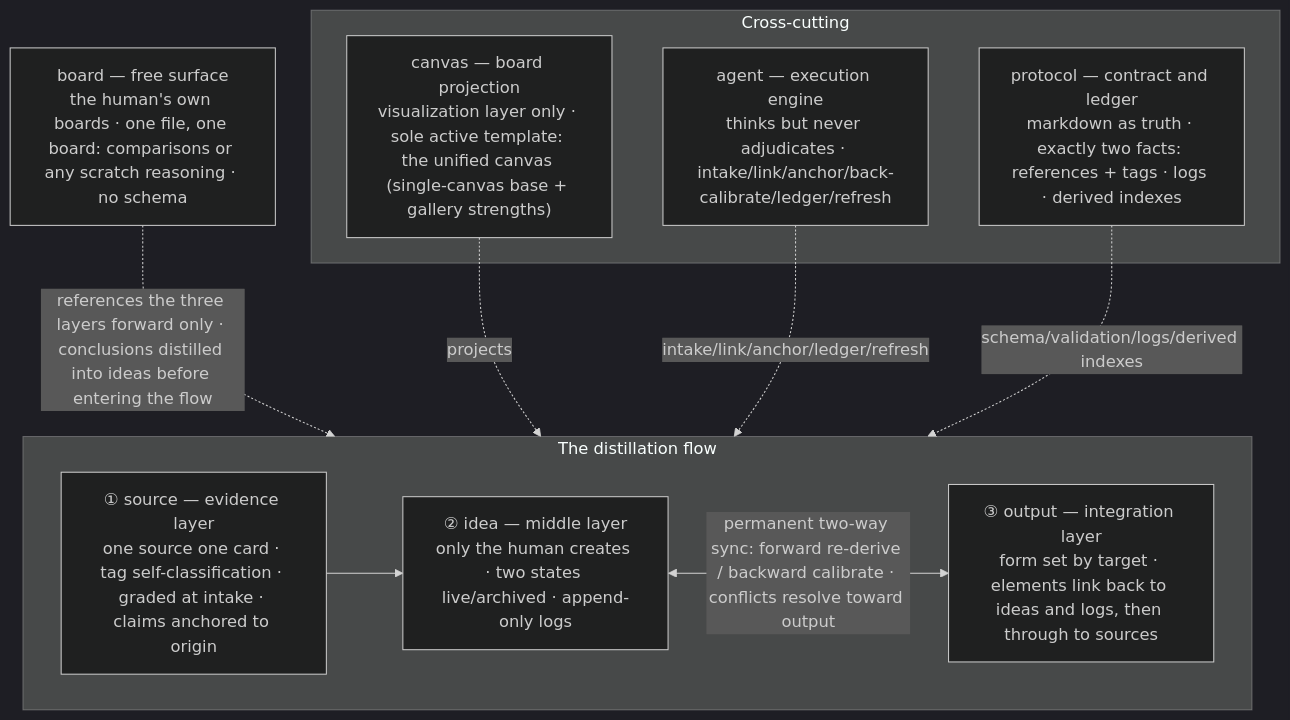
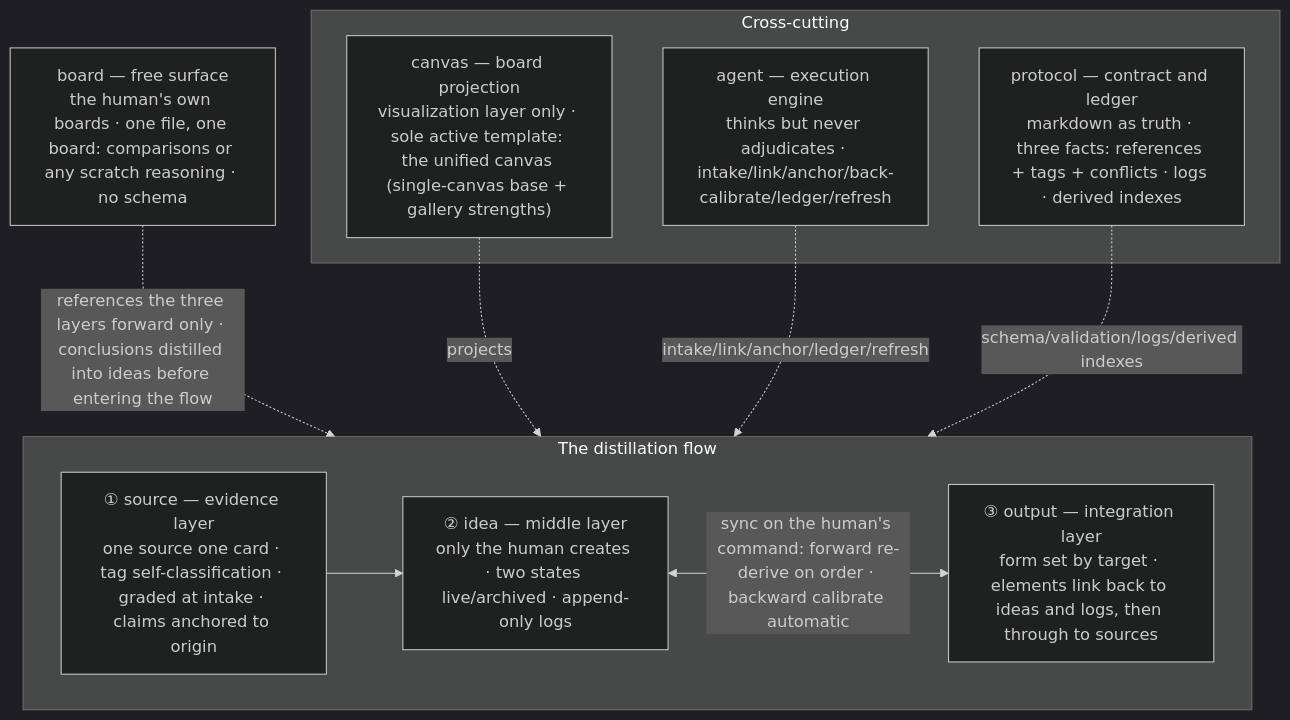
Before and after one commit to tigerless-labs/research-decision-support: the second of 2 diagrams in docs/design-harness/output/system.md, drawn with Mermaid (dark theme). The commit also changed other lines of this file and 31 other files, not shown here.

First line of the commit message:
v0.9.0: sync on command, three structured facts, single merged SKILL.md

````diff
--- a/docs/design-harness/output/system.md
+++ b/docs/design-harness/output/system.md
@@ -48,27 +48,27 @@
 ```mermaid
 flowchart TB
     subgraph FLOW["The distillation flow"]
         SRC["① source — evidence layer<br/>one source one card · tag self-classification · graded at intake · claims anchored to origin"]
         IDEA["② idea — middle layer<br/>only the human creates · two states live/archived · append-only logs"]
         OUT["③ output — integration layer<br/>form set by target · elements link back to ideas and logs, then through to sources"]
         SRC --> IDEA
-        IDEA <-->|"permanent two-way sync: forward re-derive / backward calibrate · conflicts resolve toward output"| OUT
+        IDEA <-->|"sync on the human's command: forward re-derive on order · backward calibrate automatic"| OUT
     end
     BOARD["board — free surface<br/>the human's own boards · one file, one board: comparisons or any scratch reasoning · no schema"]
     BOARD -.references the three layers forward only · conclusions distilled into ideas before entering the flow.-> FLOW
     subgraph XCUT["Cross-cutting"]
         CANVAS["canvas — board projection<br/>visualization layer only · sole active template: the unified canvas (single-canvas base + gallery strengths)"]
         AGENT["agent — execution engine<br/>thinks but never adjudicates · intake/link/anchor/back-calibrate/ledger/refresh"]
-        PROTO["protocol — contract and ledger<br/>markdown as truth · exactly two facts: references + tags · logs · derived indexes"]
+        PROTO["protocol — contract and ledger<br/>markdown as truth · three facts: references + tags + conflicts · logs · derived indexes"]
     end
     CANVAS -.projects.-> FLOW
     AGENT -.intake/link/anchor/ledger/refresh.-> FLOW
     PROTO -.schema/validation/logs/derived indexes.-> FLOW
     click SRC "modules/source.md"
     click IDEA "modules/idea.md"
     click OUT "modules/output.md"
     click BOARD "modules/board.md"
     click CANVAS "modules/canvas.md"
     click AGENT "modules/agent.md"
     click PROTO "modules/protocol.md"
 ```
````
